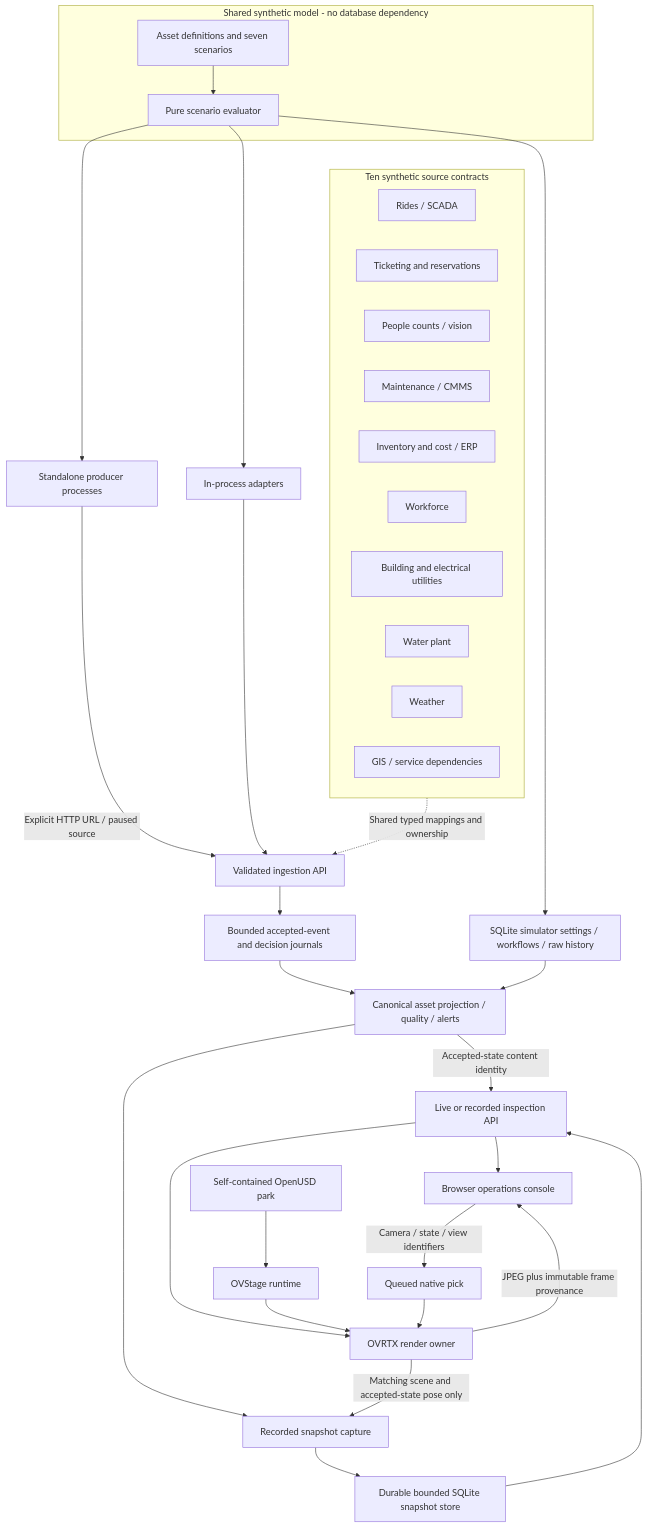
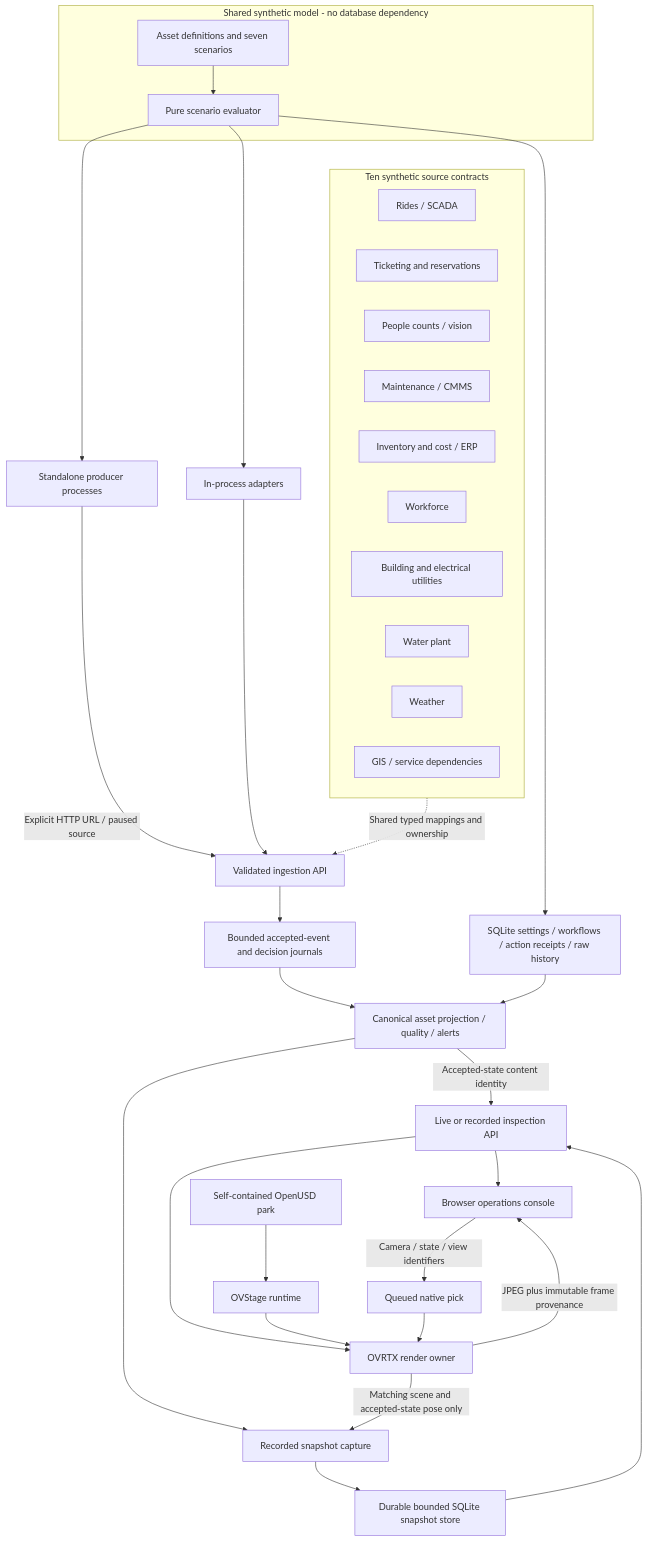
One commit to mvovk911/theme-park-digital-twin changed the diagram in docs/implemented-architecture.md. Above: the diagram before and after it, drawn with Mermaid. The commit also changed other lines of this file and 50 other files, not shown here.

````diff
--- a/docs/implemented-architecture.md
+++ b/docs/implemented-architecture.md
@@ -7,41 +7,41 @@
 ```mermaid
 flowchart TB
   subgraph Model[Shared synthetic model - no database dependency]
     DEF[Asset definitions and seven scenarios]
     RULE[Pure scenario evaluator]
     DEF --> RULE
   end
   subgraph Sources[Ten synthetic source contracts]
     R[Rides / SCADA]
     T[Ticketing and reservations]
     V[People counts / vision]
     M[Maintenance / CMMS]
     E[Inventory and cost / ERP]
     W[Workforce]
     B[Building and electrical utilities]
     H[Water plant]
     A[Weather]
     G[GIS / service dependencies]
   end
   RULE --> INTERNAL[In-process adapters]
   RULE --> EXTERNAL[Standalone producer processes]
   EXTERNAL -->|Explicit HTTP URL / paused source| INGEST[Validated ingestion API]
   INTERNAL --> INGEST
   Sources -.->|Shared typed mappings and ownership| INGEST
   INGEST --> EVENTS[Bounded accepted-event and decision journals]
   EVENTS --> READ[Canonical asset projection / quality / alerts]
-  SQL[SQLite simulator settings / workflows / raw history] --> READ
+  SQL[SQLite settings / workflows / action receipts / raw history] --> READ
   RULE --> SQL
   READ -->|Accepted-state content identity| VIEW[Live or recorded inspection API]
   READ --> CAPTURE[Recorded snapshot capture]
   CAPTURE --> REPLAY[Durable bounded SQLite snapshot store]
   REPLAY --> VIEW
   VIEW --> UI[Browser operations console]
   VIEW --> RTX[OVRTX render owner]
   USD[Self-contained OpenUSD park] --> OV[OVStage runtime]
   OV --> RTX
   RTX -->|JPEG plus immutable frame provenance| UI
   RTX -->|Matching scene and accepted-state pose only| CAPTURE
   UI -->|Camera / state / view identifiers| PICK[Queued native pick]
   PICK --> RTX
 ```
````
